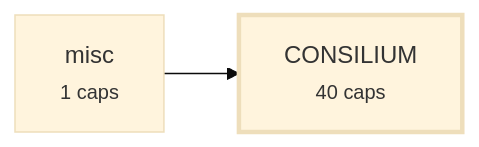
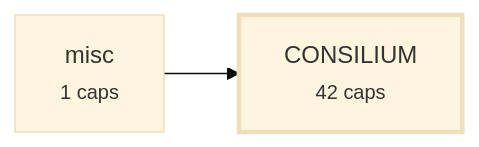
Before and after one commit to alxmax/Consilium_Demo: the third of 4 diagrams in requirements/_map.md, drawn with Mermaid (base theme). The commit also changed other lines of this file and 19 other files, not shown here.

````diff
--- a/requirements/_map.md
+++ b/requirements/_map.md
@@ -282,7 +294,7 @@
 ```mermaid
 graph LR
-  a_CONSILIUM["CONSILIUM<br><small>40 caps</small>"]
+  a_CONSILIUM["CONSILIUM<br><small>42 caps</small>"]
   a_misc["misc<br><small>1 caps</small>"]
   a_misc --> a_CONSILIUM
   style a_CONSILIUM stroke-width:3px
 ```
````
